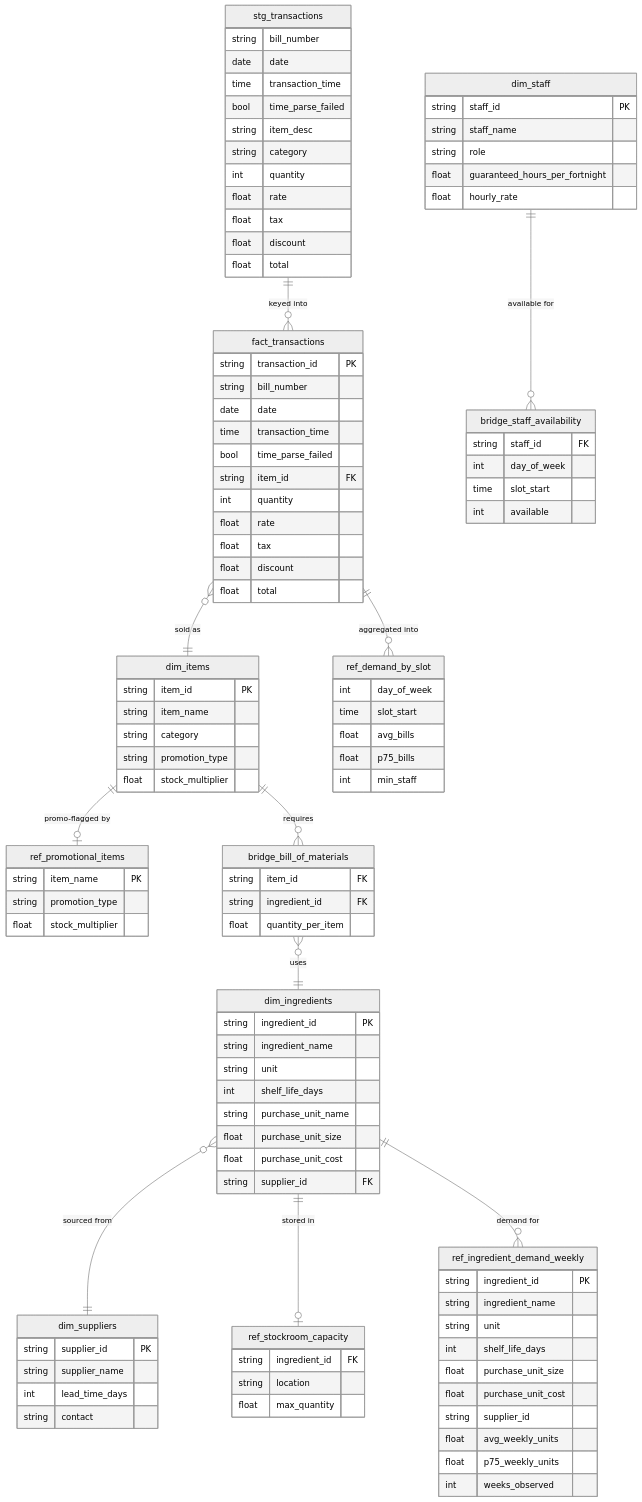
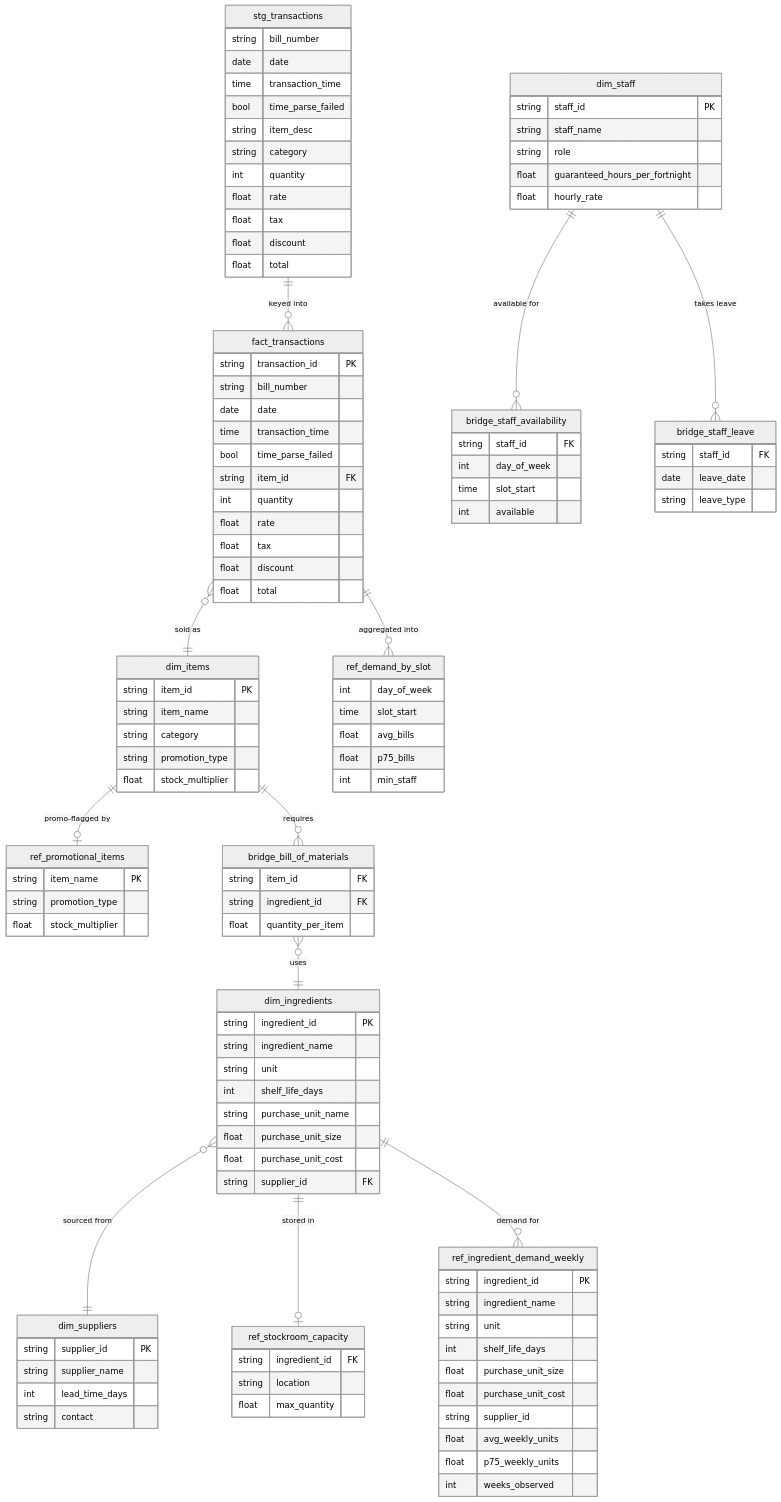
Before and after one commit to Jinmyung98/cafe_ocean_data_analysis: the diagram in docs/data_model.md, drawn with Mermaid (neutral theme). The commit also changed other lines of this file and 6 other files, not shown here.

First line of the commit message:
Add staff leave, single-shift constraint, and roster sheet generator

```diff
--- a/docs/data_model.md
+++ b/docs/data_model.md
@@ -83,6 +83,11 @@
         time slot_start
         int available
     }
+    bridge_staff_leave {
+        string staff_id FK
+        date leave_date
+        string leave_type
+    }
     ref_ingredient_demand_weekly {
         string ingredient_id PK
         string ingredient_name
@@ -127,6 +132,7 @@
     dim_items ||--o| ref_promotional_items : "promo-flagged by"
     fact_transactions ||--o{ ref_demand_by_slot : "aggregated into"
     dim_staff ||--o{ bridge_staff_availability : "available for"
+    dim_staff ||--o{ bridge_staff_leave : "takes leave"
     dim_items ||--o{ bridge_bill_of_materials : "requires"
     bridge_bill_of_materials }o--|| dim_ingredients : "uses"
     dim_ingredients }o--|| dim_suppliers : "sourced from"
```
